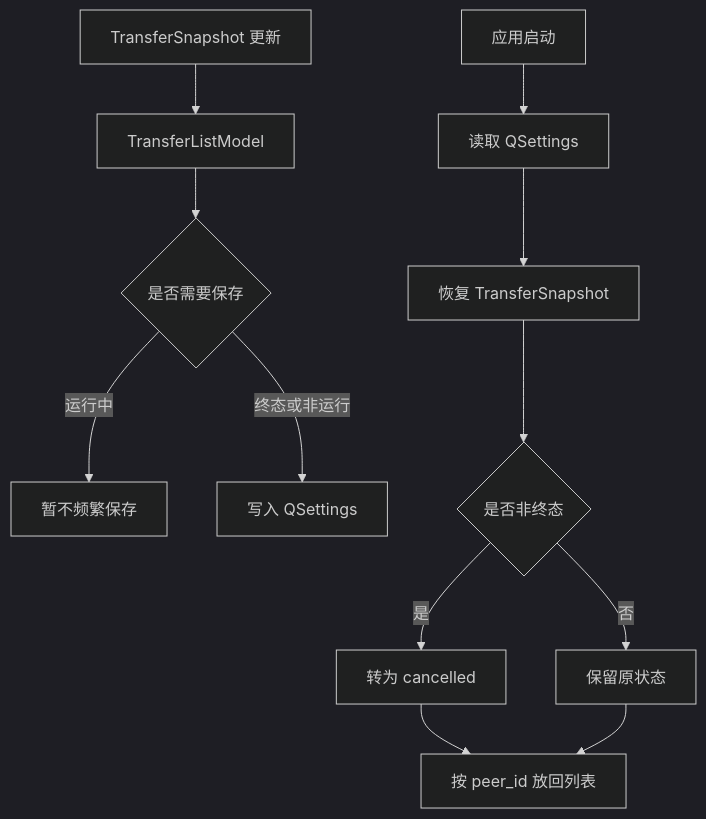
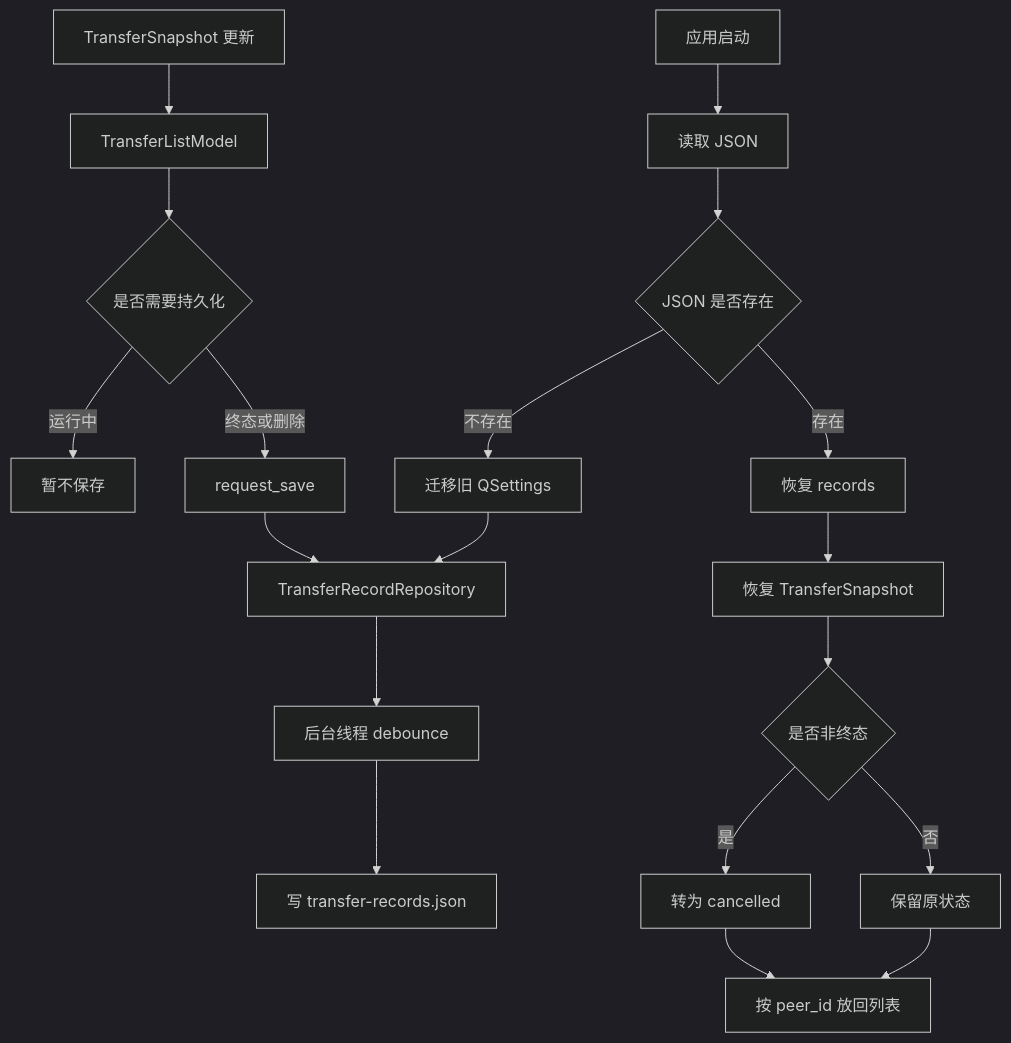
Before and after one commit to dengzhongyuan365-dev/filetransfer: diagram 11 of 27 in docs/design-architecture.zh_CN.md, drawn with Mermaid (dark theme). The commit also changed other lines of this file and 10 other files, not shown here.

Commit message:
refactor: persist transfer records asynchronously

````diff
--- a/docs/design-architecture.zh_CN.md
+++ b/docs/design-architecture.zh_CN.md
@@ -441,14 +446,21 @@
 ```mermaid
 graph TD
     A["TransferSnapshot 更新"] --> B["TransferListModel"]
-    B --> C{"是否需要保存"}
-    C -->|运行中| D["暂不频繁保存"]
-    C -->|终态或非运行| E["写入 QSettings"]
-    F["应用启动"] --> G["读取 QSettings"]
-    G --> H["恢复 TransferSnapshot"]
-    H --> I{"是否非终态"}
-    I -->|是| J["转为 cancelled"]
-    I -->|否| K["保留原状态"]
-    J --> L["按 peer_id 放回列表"]
-    K --> L
+    B --> C{"是否需要持久化"}
+    C -->|运行中| D["暂不保存"]
+    C -->|终态或删除| E["request_save"]
+    E --> F["TransferRecordRepository"]
+    F --> G["后台线程 debounce"]
+    G --> H["写 transfer-records.json"]
+    I["应用启动"] --> J["读取 JSON"]
+    J --> K{"JSON 是否存在"}
+    K -->|存在| L["恢复 records"]
+    K -->|不存在| M["迁移旧 QSettings"]
+    M --> F
+    L --> N["恢复 TransferSnapshot"]
+    N --> O{"是否非终态"}
+    O -->|是| P["转为 cancelled"]
+    O -->|否| Q["保留原状态"]
+    P --> R["按 peer_id 放回列表"]
+    Q --> R
 ```
````
